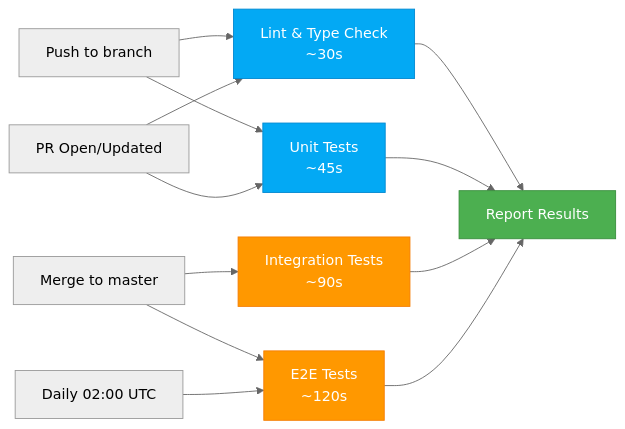
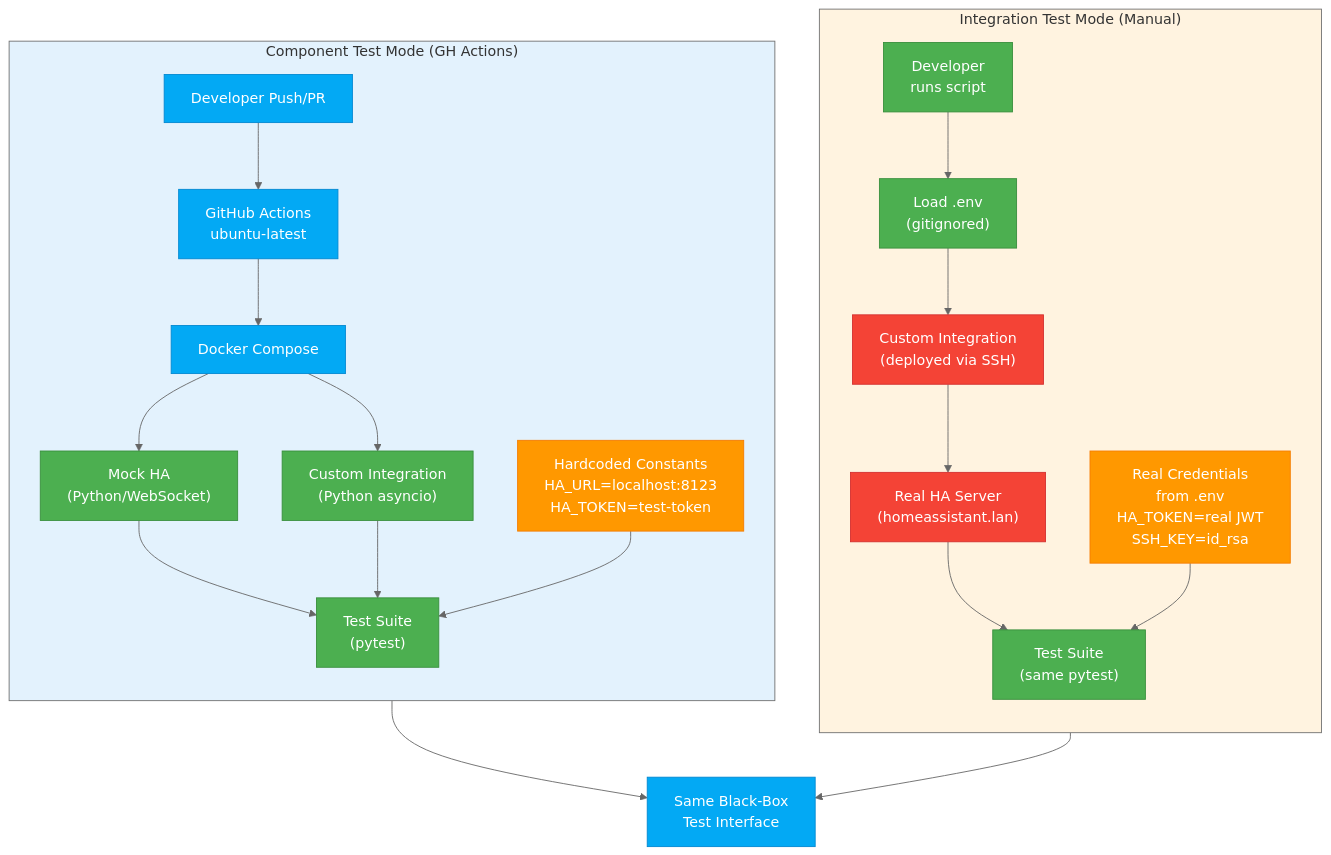
The diagram in architecture/github-actions-brief.md (declanshanaghy/vulcan-brownout), drawn with Mermaid (neutral theme) before and after one commit. The commit also changed other lines of this file, not shown here.

First line of the commit message:
document component + integration test architecture

````diff
--- a/architecture/github-actions-brief.md
+++ b/architecture/github-actions-brief.md
@@ -65,28 +539,52 @@
 ```mermaid
-graph LR
+graph TB
     classDef primary fill:#03A9F4,stroke:#0288D1,color:#FFF
+    classDef healthy fill:#4CAF50,stroke:#388E3C,color:#FFF
     classDef warning fill:#FF9800,stroke:#F57C00,color:#FFF
-    classDef healthy fill:#4CAF50,stroke:#388E3C,color:#FFF
+    classDef critical fill:#F44336,stroke:#D32F2F,color:#FFF
 
-    push["Push to branch"] --> lint["Lint & Type Check<br/>~30s"]
-    push --> unit["Unit Tests<br/>~45s"]
+    %% Component Test Mode
+    subgraph component ["Component Test Mode (GH Actions)"]
+        direction TB
+        push["Developer Push/PR"]:::primary
+        github["GitHub Actions<br/>ubuntu-latest"]:::primary
+        docker["Docker Compose"]:::primary
+        mockha["Mock HA<br/>(Python/WebSocket)"]:::healthy
+        integration["Custom Integration<br/>(Python asyncio)"]:::healthy
+        tests["Test Suite<br/>(pytest)"]:::healthy
+        constants["Hardcoded Constants<br/>HA_URL=localhost:8123<br/>HA_TOKEN=test-token"]:::warning
 
-    pr["PR Open/Updated"] --> lint
-    pr --> unit
+        push --> github
+        github --> docker
+        docker --> mockha
+        docker --> integration
+        mockha --> tests
+        integration --> tests
+        constants --> tests
+    end
 
-    merge["Merge to master"] --> integration["Integration Tests<br/>~90s"]
-    merge --> e2e["E2E Tests<br/>~120s"]
+    %% Integration Test Mode
+    subgraph integration_mode ["Integration Test Mode (Manual)"]
+        direction TB
+        dev["Developer<br/>runs script"]:::healthy
+        dotenv["Load .env<br/>(gitignored)"]:::healthy
+        realha["Real HA Server<br/>(homeassistant.lan)"]:::critical
+        realint["Custom Integration<br/>(deployed via SSH)"]:::critical
+        realtests["Test Suite<br/>(same pytest)"]:::healthy
+        creds["Real Credentials<br/>from .env<br/>HA_TOKEN=real JWT<br/>SSH_KEY=id_rsa"]:::warning
 
-    lint --> report["Report Results"]
-    unit --> report
-    integration --> report
-    e2e --> report
+        dev --> dotenv
+        dotenv --> realint
+        realint --> realha
+        realha --> realtests
+        creds --> realtests
+    end
 
-    schedule["Daily 02:00 UTC"] --> e2e
+    %% Relationship
+    both["Same Black-Box<br/>Test Interface"]:::primary
+    component --> both
+    integration_mode --> both
 
-    class lint primary
-    class unit primary
-    class integration warning
-    class e2e warning
-    class report healthy
+    style component fill:#E3F2FD
+    style integration_mode fill:#FFF3E0
 ```
````
